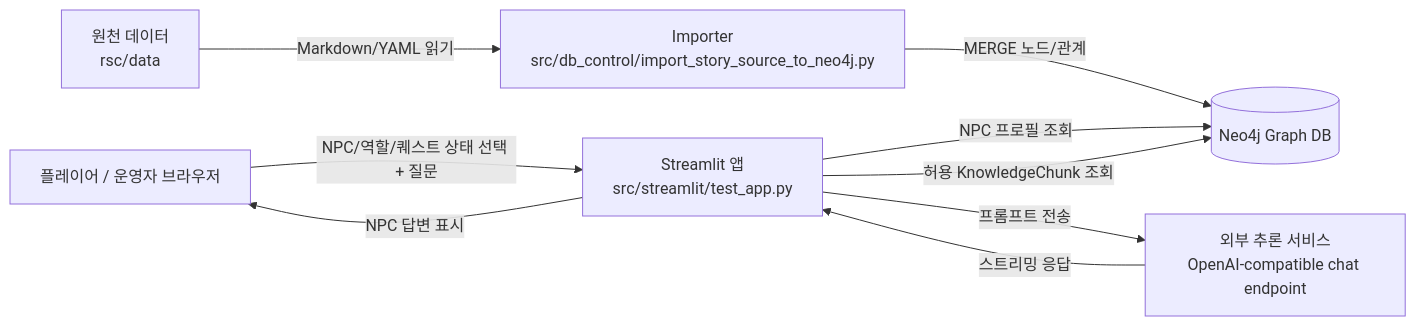
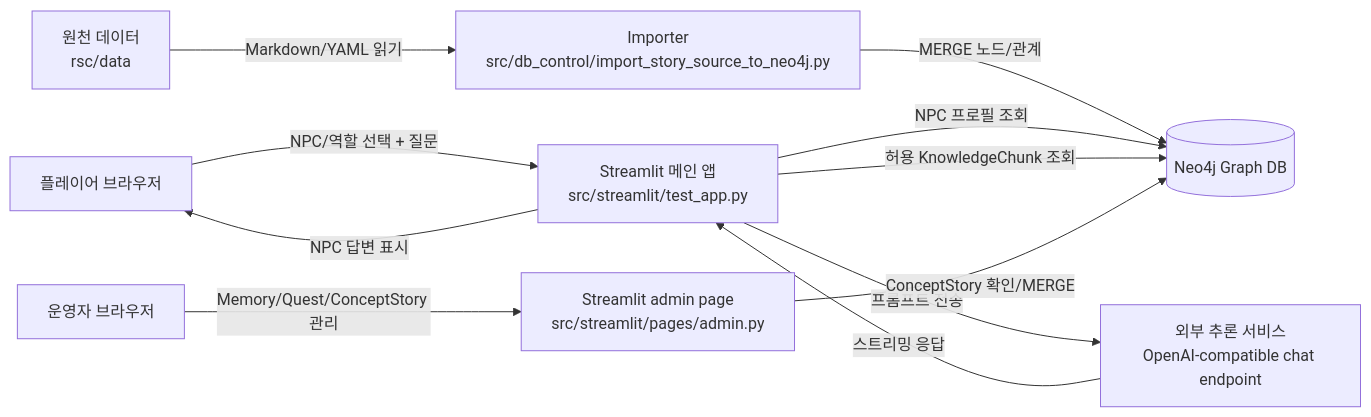
One commit to HRDI0/npc_persona changed the first of 21 diagrams in docs/system_architecture.md. Above: the diagram before and after it, drawn with Mermaid. The commit also changed other lines of this file and 13 other files, not shown here.

````diff
--- a/docs/system_architecture.md
+++ b/docs/system_architecture.md
@@ -9,18 +9,22 @@
 ```mermaid
 flowchart LR
-    User[플레이어 / 운영자 브라우저]
-    UI[Streamlit 앱\nsrc/streamlit/test_app.py]
+    User[플레이어 브라우저]
+    Operator[운영자 브라우저]
+    UI[Streamlit 메인 앱\nsrc/streamlit/test_app.py]
+    Admin[Streamlit admin page\nsrc/streamlit/pages/admin.py]
     DB[(Neo4j Graph DB)]
     Infer[외부 추론 서비스\nOpenAI-compatible chat endpoint]
     Source[원천 데이터\nrsc/data]
     Importer[Importer\nsrc/db_control/import_story_source_to_neo4j.py]
 
     Source -->|Markdown/YAML 읽기| Importer
     Importer -->|MERGE 노드/관계| DB
-    User -->|NPC/역할/퀘스트 상태 선택 + 질문| UI
+    User -->|NPC/역할 선택 + 질문| UI
+    Operator -->|Memory/Quest/ConceptStory 관리| Admin
     UI -->|NPC 프로필 조회| DB
     UI -->|허용 KnowledgeChunk 조회| DB
     UI -->|프롬프트 전송| Infer
     Infer -->|스트리밍 응답| UI
     UI -->|NPC 답변 표시| User
+    Admin -->|ConceptStory 확인/MERGE| DB
 ```
````
